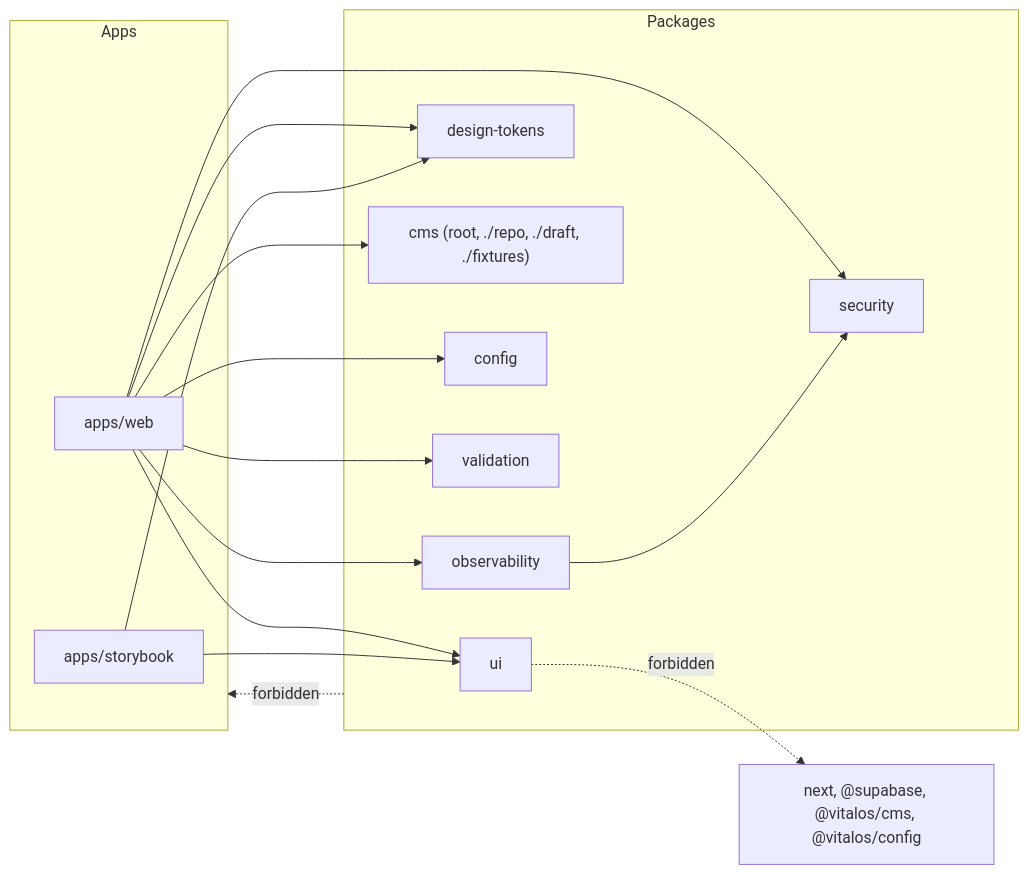
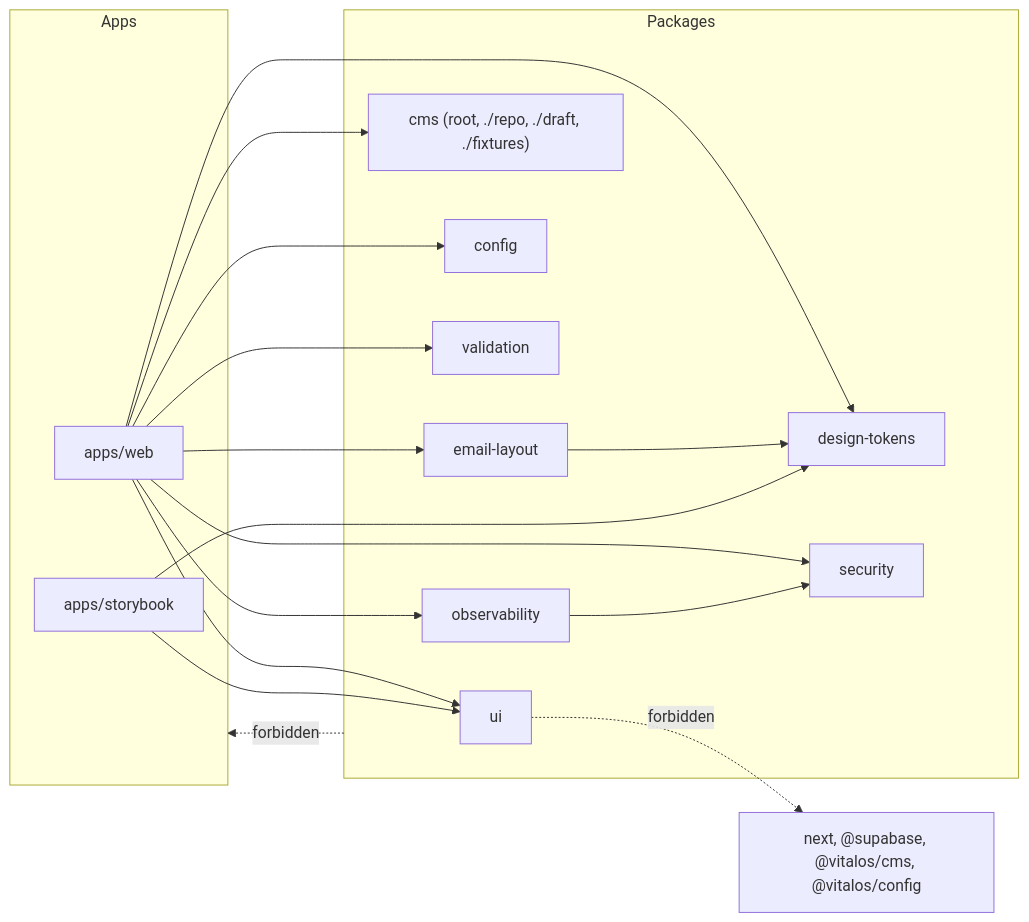
The diagram in docs/architecture/dependency-rules.md (Isaacpyo/vitalos-platform), drawn with Mermaid before and after one commit. The commit also changed 44 other files, not shown here.

First line of the commit message:
feat: shared email layout package; enquiry notification built on it

````diff
--- a/docs/architecture/dependency-rules.md
+++ b/docs/architecture/dependency-rules.md
@@ -5,21 +5,23 @@
 ```mermaid
 flowchart LR
   subgraph Apps
     Web[apps/web]
     Storybook[apps/storybook]
   end
   subgraph Packages
     UI[ui]
     Tokens[design-tokens]
     CMS["cms (root, ./repo, ./draft, ./fixtures)"]
     Config[config]
     Validation[validation]
     Security[security]
     Obs[observability]
+    EmailLayout[email-layout]
   end
-  Web --> UI & Tokens & CMS & Config & Validation & Security & Obs
+  Web --> UI & Tokens & CMS & Config & Validation & Security & Obs & EmailLayout
+  EmailLayout --> Tokens
   Storybook --> UI & Tokens
   Obs --> Security
   UI -. forbidden .-> Next["next, @supabase, @vitalos/cms, @vitalos/config"]
   Packages -. forbidden .-> Apps
 ```
````
